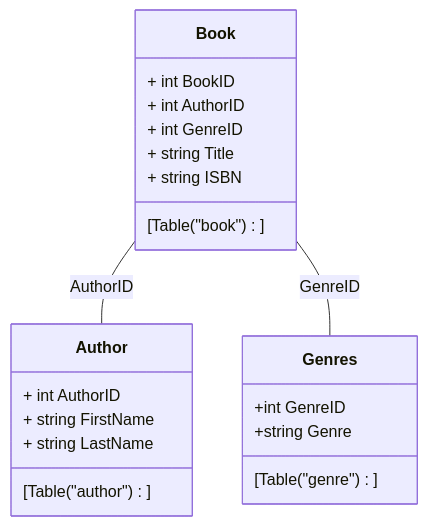
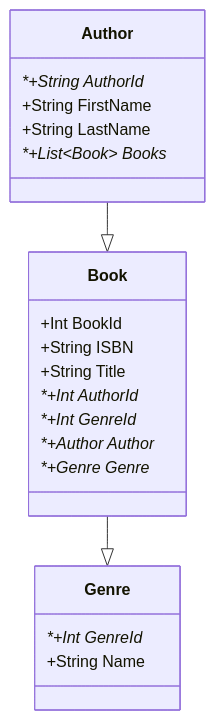
Before and after one commit to gordoncm/ips: the diagram in README.md, drawn with Mermaid.

````diff
--- a/README.md
+++ b/README.md
@@ -1,27 +1,25 @@
 ```mermaid
 classDiagram
-    class Author {
-        [Table("author")]
-        + int AuthorID
-        + string FirstName
-        + string LastName
+    class Author{
+        *+String AuthorId*
+        +String FirstName
+        +String LastName
+        *+List~Book~ Books*
     }
-
-    class Book {
-        [Table("book")]
-        + int BookID
-        + int AuthorID
-        + int GenreID
-        + string Title
-        + string ISBN
+    class Book{
+        +Int BookId
+        +String ISBN
+        +String Title
+        *+Int AuthorId*
+        *+Int GenreId*
+        *+Author Author*
+        *+Genre Genre*
     }
-
-    class Genres {
-        [Table("genre")]
-        +int GenreID
-        +string Genre
+    Author --|> Book
+    class Genre{
+        *+Int GenreId*
+        +String Name
     }
-
-    Book -- Author : AuthorID
-    Book -- Genres : GenreID
+    Book --|> Genre
+    
 ```
````
